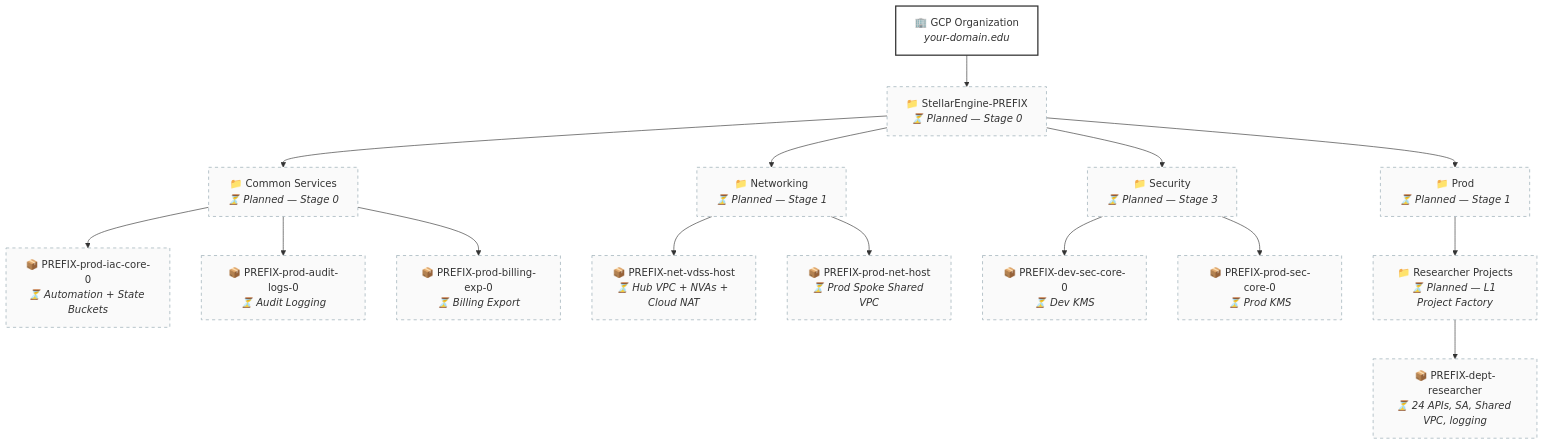
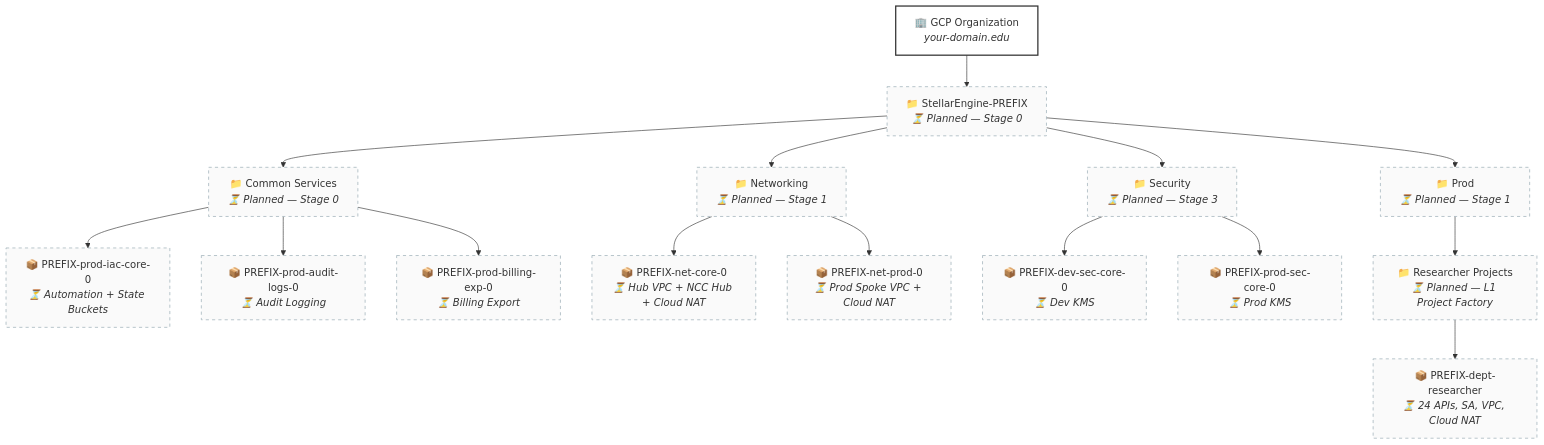
One commit to WandLZhang/fast-science-0-stellar-engine changed the second of 4 diagrams in README.md. Above: the diagram before and after it, drawn with Mermaid. The commit also changed other lines of this file and 171 other files, not shown here.

````diff
--- a/README.md
+++ b/README.md
@@ -82,40 +83,40 @@
 ```mermaid
 graph TB
     ORG["🏢 GCP Organization<br/><i>your-domain.edu</i>"]
 
     ORG --> AW["📁 StellarEngine-PREFIX<br/><i>⏳ Planned — Stage 0</i>"]
 
     AW --> CS["📁 Common Services<br/><i>⏳ Planned — Stage 0</i>"]
     AW --> NET["📁 Networking<br/><i>⏳ Planned — Stage 1</i>"]
     AW --> SEC["📁 Security<br/><i>⏳ Planned — Stage 3</i>"]
     AW --> PROD["📁 Prod<br/><i>⏳ Planned — Stage 1</i>"]
 
     CS --> P1["📦 PREFIX-prod-iac-core-0<br/><i>⏳ Automation + State Buckets</i>"]
     CS --> P2["📦 PREFIX-prod-audit-logs-0<br/><i>⏳ Audit Logging</i>"]
     CS --> P3["📦 PREFIX-prod-billing-exp-0<br/><i>⏳ Billing Export</i>"]
 
-    NET --> P4["📦 PREFIX-net-vdss-host<br/><i>⏳ Hub VPC + NVAs + Cloud NAT</i>"]
-    NET --> P5["📦 PREFIX-prod-net-host<br/><i>⏳ Prod Spoke Shared VPC</i>"]
+    NET --> P4["📦 PREFIX-net-core-0<br/><i>⏳ Hub VPC + NCC Hub + Cloud NAT</i>"]
+    NET --> P5["📦 PREFIX-net-prod-0<br/><i>⏳ Prod Spoke VPC + Cloud NAT</i>"]
 
     SEC --> P8["📦 PREFIX-dev-sec-core-0<br/><i>⏳ Dev KMS</i>"]
     SEC --> P9["📦 PREFIX-prod-sec-core-0<br/><i>⏳ Prod KMS</i>"]
 
     PROD --> L1["📁 Researcher Projects<br/><i>⏳ Planned — L1 Project Factory</i>"]
-    L1 --> RP["📦 PREFIX-dept-researcher<br/><i>⏳ 24 APIs, SA, Shared VPC, logging</i>"]
+    L1 --> RP["📦 PREFIX-dept-researcher<br/><i>⏳ 24 APIs, SA, VPC, Cloud NAT</i>"]
 
     style ORG fill:#fff,stroke:#333,stroke-width:2px
     style AW stroke-dasharray: 5 5,stroke:#90a4ae,fill:#fafafa
     style CS stroke-dasharray: 5 5,stroke:#90a4ae,fill:#fafafa
     style NET stroke-dasharray: 5 5,stroke:#90a4ae,fill:#fafafa
     style SEC stroke-dasharray: 5 5,stroke:#90a4ae,fill:#fafafa
     style PROD stroke-dasharray: 5 5,stroke:#90a4ae,fill:#fafafa
     style P1 stroke-dasharray: 5 5,stroke:#90a4ae,fill:#fafafa
     style P2 stroke-dasharray: 5 5,stroke:#90a4ae,fill:#fafafa
     style P3 stroke-dasharray: 5 5,stroke:#90a4ae,fill:#fafafa
     style P4 stroke-dasharray: 5 5,stroke:#90a4ae,fill:#fafafa
     style P5 stroke-dasharray: 5 5,stroke:#90a4ae,fill:#fafafa
     style P8 stroke-dasharray: 5 5,stroke:#90a4ae,fill:#fafafa
     style P9 stroke-dasharray: 5 5,stroke:#90a4ae,fill:#fafafa
     style L1 stroke-dasharray: 5 5,stroke:#90a4ae,fill:#fafafa
     style RP stroke-dasharray: 5 5,stroke:#90a4ae,fill:#fafafa
 ```
````
